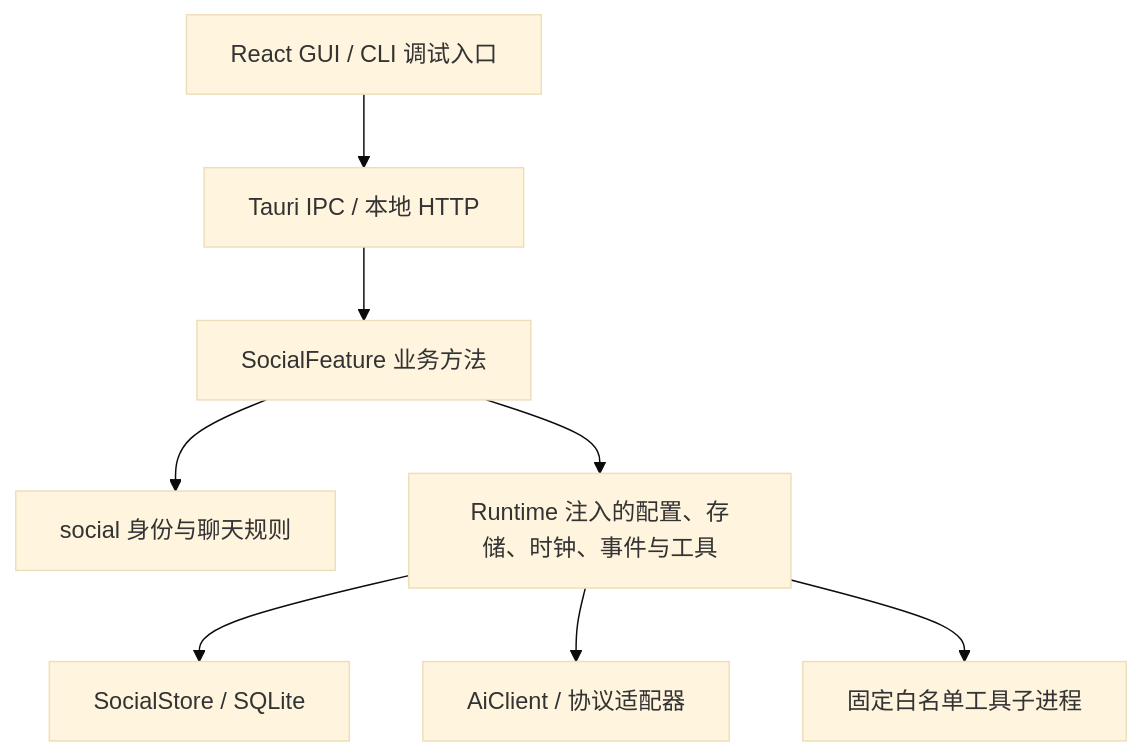
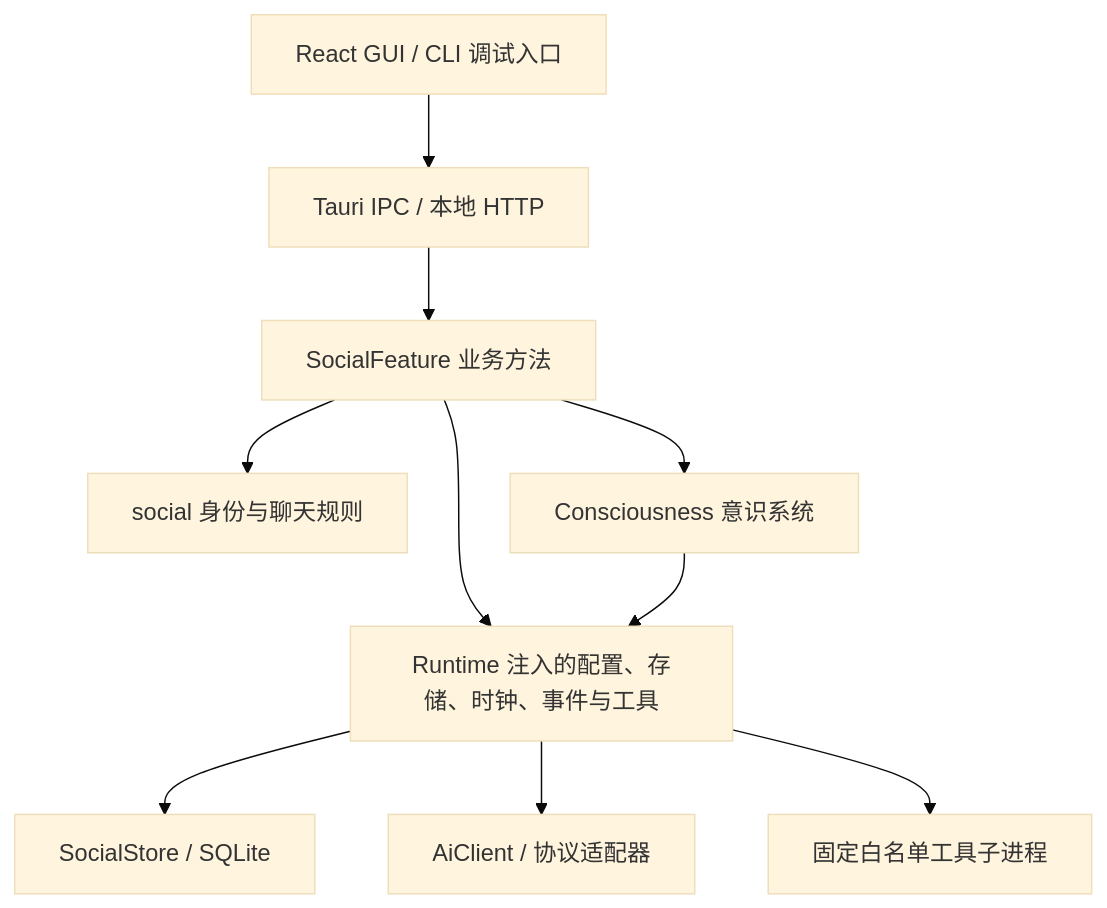
The diagram in docs/social-refactor/README.md (NingCold/llm-nest), drawn with Mermaid (base theme) before and after one commit. The commit also changed other lines of this file and 13 other files, not shown here.

````diff
--- a/docs/social-refactor/README.md
+++ b/docs/social-refactor/README.md
@@ -78,10 +85,12 @@
 ```mermaid
 flowchart TD
     UI[React GUI / CLI 调试入口] --> Adapter[Tauri IPC / 本地 HTTP]
     Adapter --> App[SocialFeature 业务方法]
     App --> Domain[social 身份与聊天规则]
+    App --> Consciousness[Consciousness 意识系统]
     App --> Resources[Runtime 注入的配置、存储、时钟、事件与工具]
+    Consciousness --> Resources
     Resources --> Store[SocialStore / SQLite]
     Resources --> Model[AiClient / 协议适配器]
     Resources --> Workers[固定白名单工具子进程]
 ```
````
